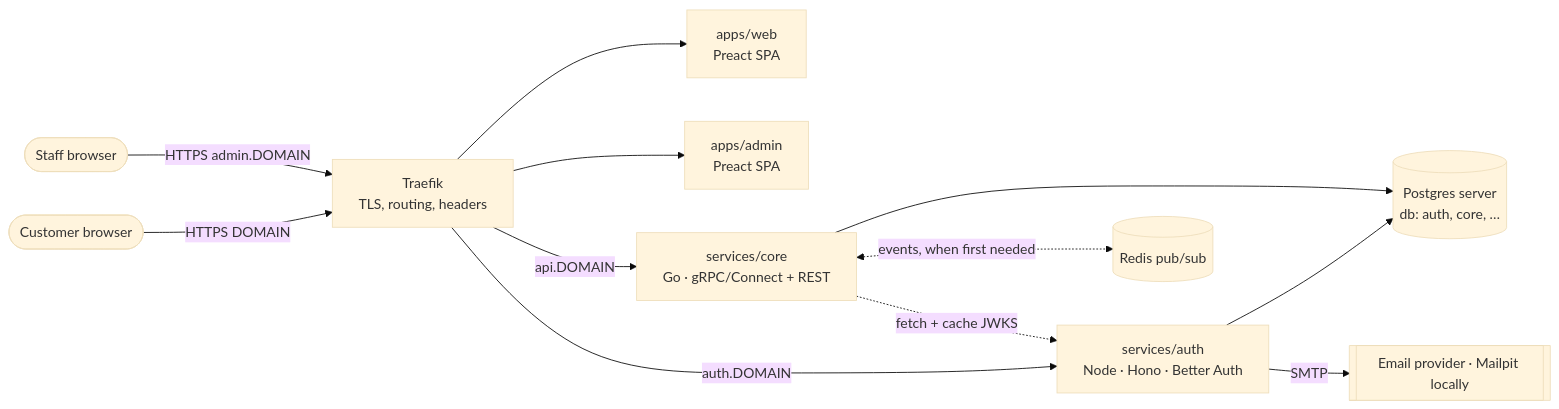
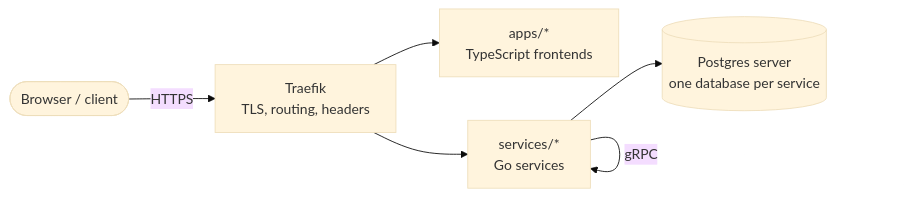
The diagram in ARCHITECTURE.md (alvarotor/harness-engineering), drawn with Mermaid (base theme) before and after one commit. The commit also changed other lines of this file and 133 other files, not shown here.

````diff
--- a/ARCHITECTURE.md
+++ b/ARCHITECTURE.md
@@ -13,15 +11,8 @@
 ```mermaid
 flowchart LR
-  customer([Customer browser]) -->|HTTPS DOMAIN| edge
-  staff([Staff browser]) -->|HTTPS admin.DOMAIN| edge
-  edge[Traefik<br/>TLS, routing, headers]
-  edge --> web[apps/web<br/>Preact SPA]
-  edge --> admin[apps/admin<br/>Preact SPA]
-  edge -->|auth.DOMAIN| auth[services/auth<br/>Node · Hono · Better Auth]
-  edge -->|api.DOMAIN| core[services/core<br/>Go · gRPC/Connect + REST]
-  auth --> pg[(Postgres server<br/>db: auth, core, …)]
-  core --> pg
-  core -. fetch + cache JWKS .-> auth
-  core <-. events, when first needed .-> redis[(Redis pub/sub)]
-  auth -->|SMTP| mail[[Email provider · Mailpit locally]]
+  user([Browser / client]) -->|HTTPS| edge[Traefik<br/>TLS, routing, headers]
+  edge --> apps[apps/*<br/>TypeScript frontends]
+  edge --> svcs[services/*<br/>Go services]
+  svcs -->|gRPC| svcs
+  svcs --> pg[(Postgres server<br/>one database per service)]
 ```
````
